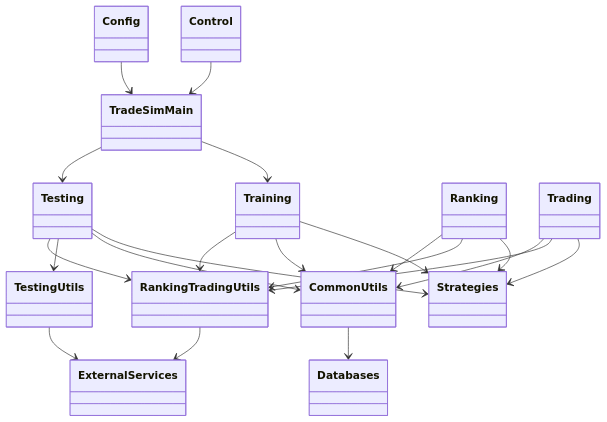
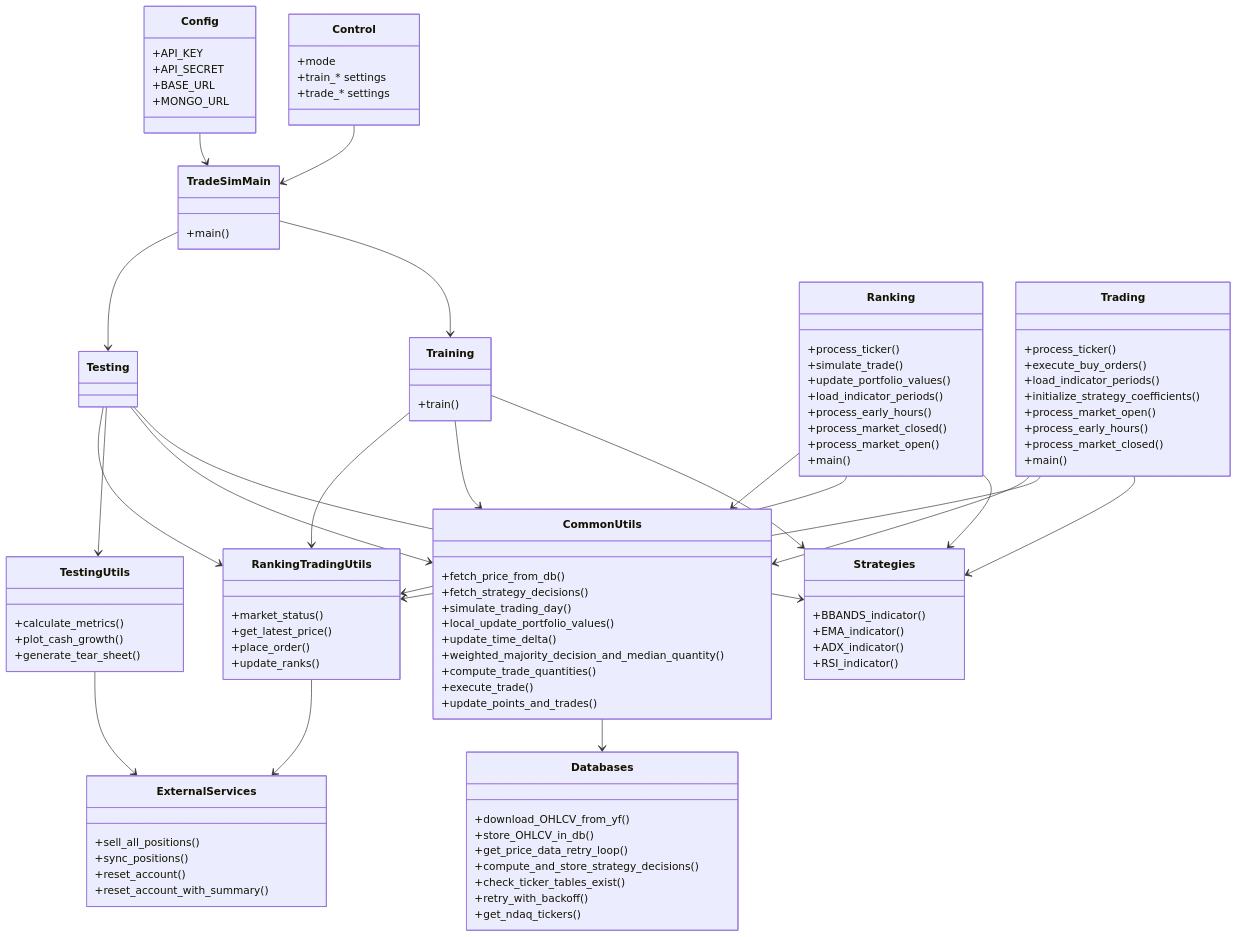
The diagram in README.md (kapowie/ampyfin2), drawn with Mermaid before and after one commit. The commit also changed 1 other file, not shown here.

Commit message:
docs: expand domain model diagram

````diff
--- a/README.md
+++ b/README.md
@@ -70,19 +70,87 @@
 ```mermaid
 %% Mermaid diagram summarizing core modules and dependencies
 classDiagram
-    class Control
-    class Config
-    class TradeSimMain
-    class Training
+    class Control {
+        +mode
+        +train_* settings
+        +trade_* settings
+    }
+    class Config {
+        +API_KEY
+        +API_SECRET
+        +BASE_URL
+        +MONGO_URL
+    }
+    class TradeSimMain {
+        +main()
+    }
+    class Training {
+        +train()
+    }
     class Testing
-    class Ranking
-    class Trading
-    class Strategies
-    class CommonUtils
-    class RankingTradingUtils
-    class TestingUtils
-    class Databases
-    class ExternalServices
+    class Ranking {
+        +process_ticker()
+        +simulate_trade()
+        +update_portfolio_values()
+        +load_indicator_periods()
+        +process_early_hours()
+        +process_market_closed()
+        +process_market_open()
+        +main()
+    }
+    class Trading {
+        +process_ticker()
+        +execute_buy_orders()
+        +load_indicator_periods()
+        +initialize_strategy_coefficients()
+        +process_market_open()
+        +process_early_hours()
+        +process_market_closed()
+        +main()
+    }
+    class Strategies {
+        +BBANDS_indicator()
+        +EMA_indicator()
+        +ADX_indicator()
+        +RSI_indicator()
+    }
+    class CommonUtils {
+        +fetch_price_from_db()
+        +fetch_strategy_decisions()
+        +simulate_trading_day()
+        +local_update_portfolio_values()
+        +update_time_delta()
+        +weighted_majority_decision_and_median_quantity()
+        +compute_trade_quantities()
+        +execute_trade()
+        +update_points_and_trades()
+    }
+    class RankingTradingUtils {
+        +market_status()
+        +get_latest_price()
+        +place_order()
+        +update_ranks()
+    }
+    class TestingUtils {
+        +calculate_metrics()
+        +plot_cash_growth()
+        +generate_tear_sheet()
+    }
+    class Databases {
+        +download_OHLCV_from_yf()
+        +store_OHLCV_in_db()
+        +get_price_data_retry_loop()
+        +compute_and_store_strategy_decisions()
+        +check_ticker_tables_exist()
+        +retry_with_backoff()
+        +get_ndaq_tickers()
+    }
+    class ExternalServices {
+        +sell_all_positions()
+        +sync_positions()
+        +reset_account()
+        +reset_account_with_summary()
+    }
 
     Control --> TradeSimMain
     Config --> TradeSimMain
````
